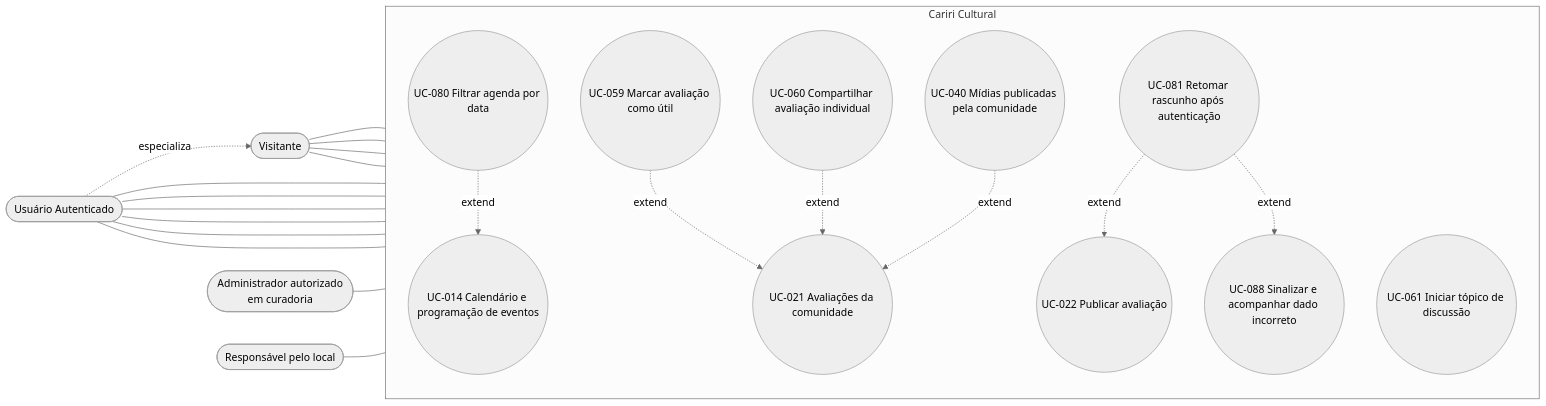
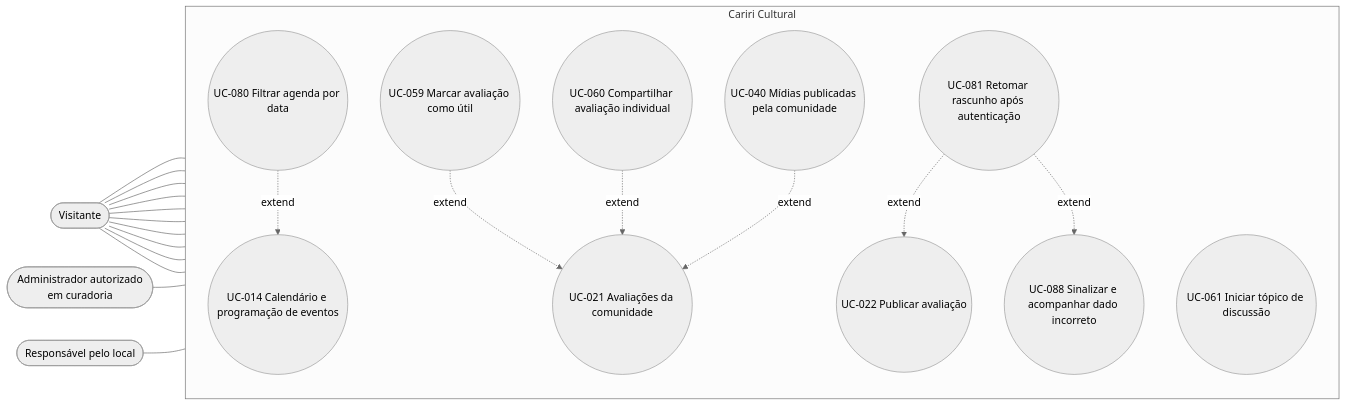
Before and after one commit to alan-mendes-ufca/CaririCultural: the sixth of 13 diagrams in home/user-cases/use-cases-diagram.md, drawn with Mermaid (neutral theme). The commit also changed other lines of this file, not shown here.

Commit message:
docs: refactor `use cases diagrams`

````diff
--- a/home/user-cases/use-cases-diagram.md
+++ b/home/user-cases/use-cases-diagram.md
@@ -204,38 +190,35 @@
 ```mermaid
 flowchart LR
     %% Atores
     V([Visitante])
-    U([Usuário Autenticado])
     ADM([Administrador autorizado<br/>em curadoria])
     RESP([Responsável pelo local])
 
     %% Fronteira
     subgraph CC [Cariri Cultural]
         direction TB
         UC014((UC-014 Calendário e programação de eventos))
         UC021((UC-021 Avaliações da comunidade))
         UC022((UC-022 Publicar avaliação))
         UC040((UC-040 Mídias publicadas pela comunidade))
         UC059((UC-059 Marcar avaliação como útil))
         UC060((UC-060 Compartilhar avaliação individual))
         UC061((UC-061 Iniciar tópico de discussão))
         UC080((UC-080 Filtrar agenda por data))
         UC081((UC-081 Retomar rascunho após autenticação))
         UC088((UC-088 Sinalizar e acompanhar dado incorreto))
     end
 
     %% Relações Ator -> Caso de Uso
-    V --- UC014 & UC021 & UC040 & UC080
-    U --- UC022 & UC059 & UC060 & UC061 & UC081 & UC088
+    V --- UC014 & UC021 & UC040 & UC080 & UC022 & UC059 & UC060 & UC061 & UC081 & UC088
     ADM --- UC088
     RESP --- UC088
-    U -.->|especializa| V
 
     %% Relações Extend
     UC059 -.->|extend| UC021
     UC060 -.->|extend| UC021
     UC040 -.->|extend| UC021
     UC080 -.->|extend| UC014
     UC081 -.->|extend| UC022
     UC081 -.->|extend| UC088
 ```
````
